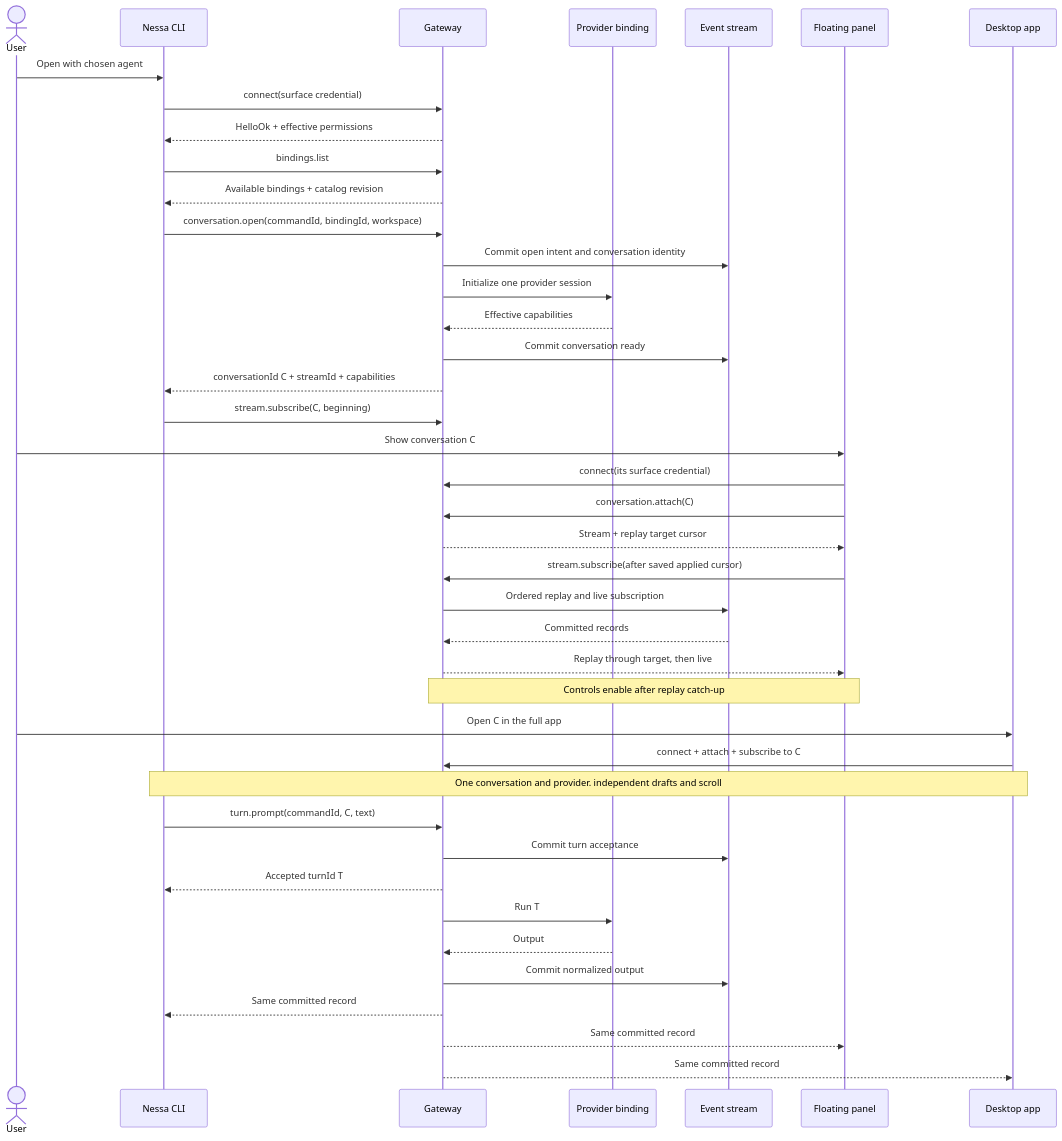
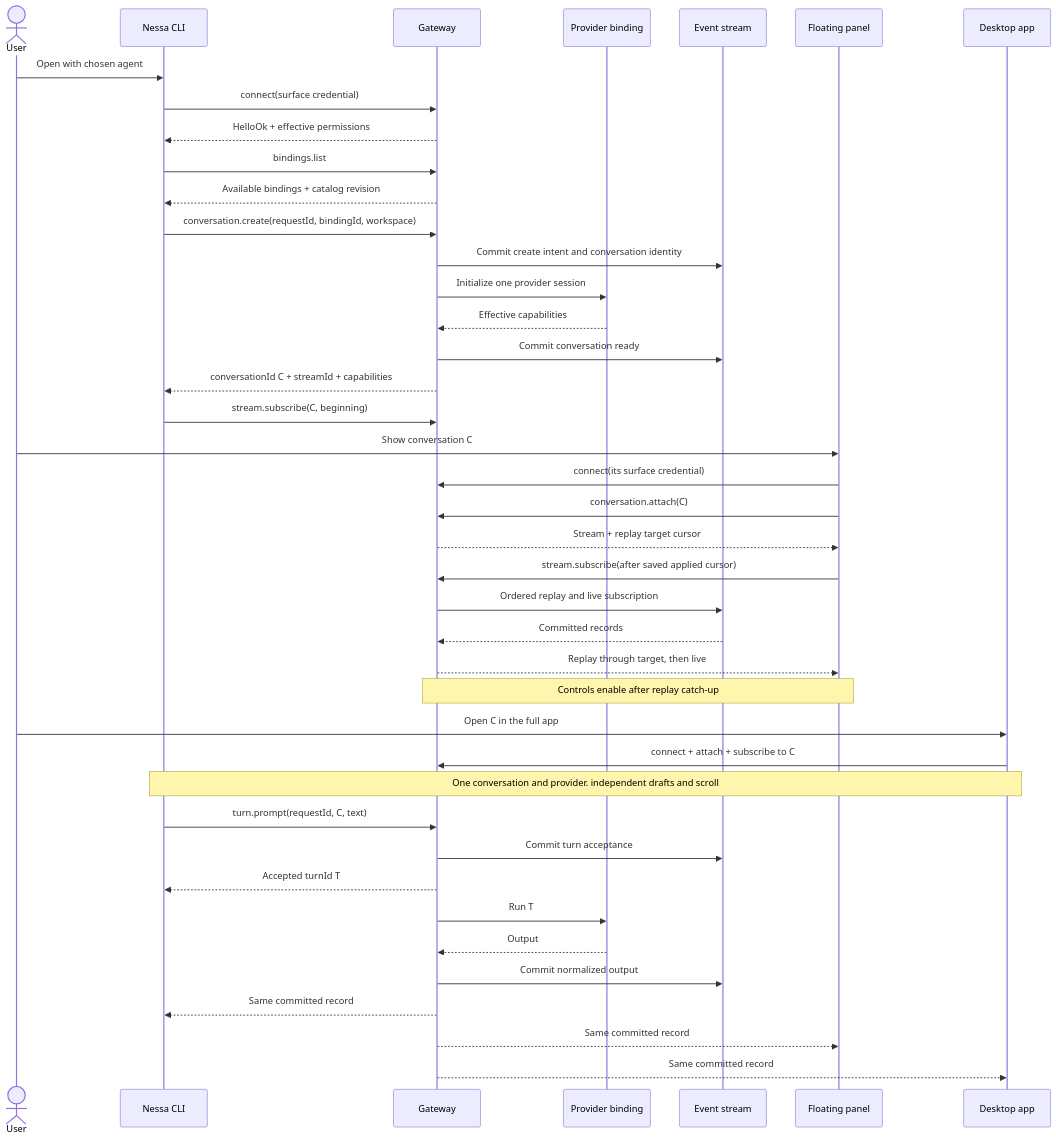
The second of 6 diagrams in docs/design/collaboration-sequences-and-mcp.md (nessalabs/nessa-agent), drawn with Mermaid before and after one commit. The commit also changed other lines of this file and 6 other files, not shown here.

````diff
--- a/docs/design/collaboration-sequences-and-mcp.md
+++ b/docs/design/collaboration-sequences-and-mcp.md
@@ -87,43 +87,43 @@
 ```mermaid
 sequenceDiagram
     actor User
     participant CLI as Nessa CLI
     participant G as Gateway
     participant P as Provider binding
     participant S as Event stream
     participant UI as Floating panel
     participant App as Desktop app
     User->>CLI: Open with chosen agent
     CLI->>G: connect(surface credential)
     G-->>CLI: HelloOk + effective permissions
     CLI->>G: bindings.list
     G-->>CLI: Available bindings + catalog revision
-    CLI->>G: conversation.open(commandId, bindingId, workspace)
-    G->>S: Commit open intent and conversation identity
+    CLI->>G: conversation.create(requestId, bindingId, workspace)
+    G->>S: Commit create intent and conversation identity
     G->>P: Initialize one provider session
     P-->>G: Effective capabilities
     G->>S: Commit conversation ready
     G-->>CLI: conversationId C + streamId + capabilities
     CLI->>G: stream.subscribe(C, beginning)
     User->>UI: Show conversation C
     UI->>G: connect(its surface credential)
     UI->>G: conversation.attach(C)
     G-->>UI: Stream + replay target cursor
     UI->>G: stream.subscribe(after saved applied cursor)
     G->>S: Ordered replay and live subscription
     S-->>G: Committed records
     G-->>UI: Replay through target, then live
     Note over UI,G: Controls enable after replay catch-up
     User->>App: Open C in the full app
     App->>G: connect + attach + subscribe to C
     Note over CLI,App: One conversation and provider. independent drafts and scroll
-    CLI->>G: turn.prompt(commandId, C, text)
+    CLI->>G: turn.prompt(requestId, C, text)
     G->>S: Commit turn acceptance
     G-->>CLI: Accepted turnId T
     G->>P: Run T
     P-->>G: Output
     G->>S: Commit normalized output
     G-->>CLI: Same committed record
     G-->>UI: Same committed record
     G-->>App: Same committed record
 ```
````
